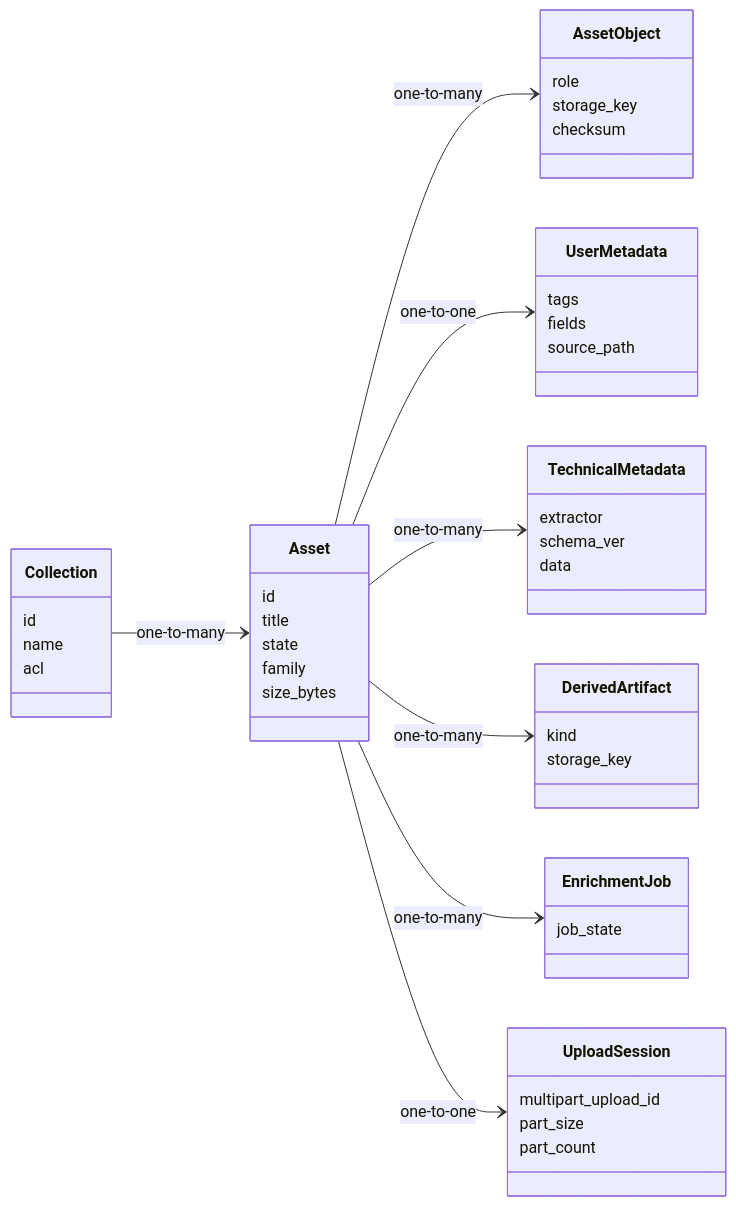
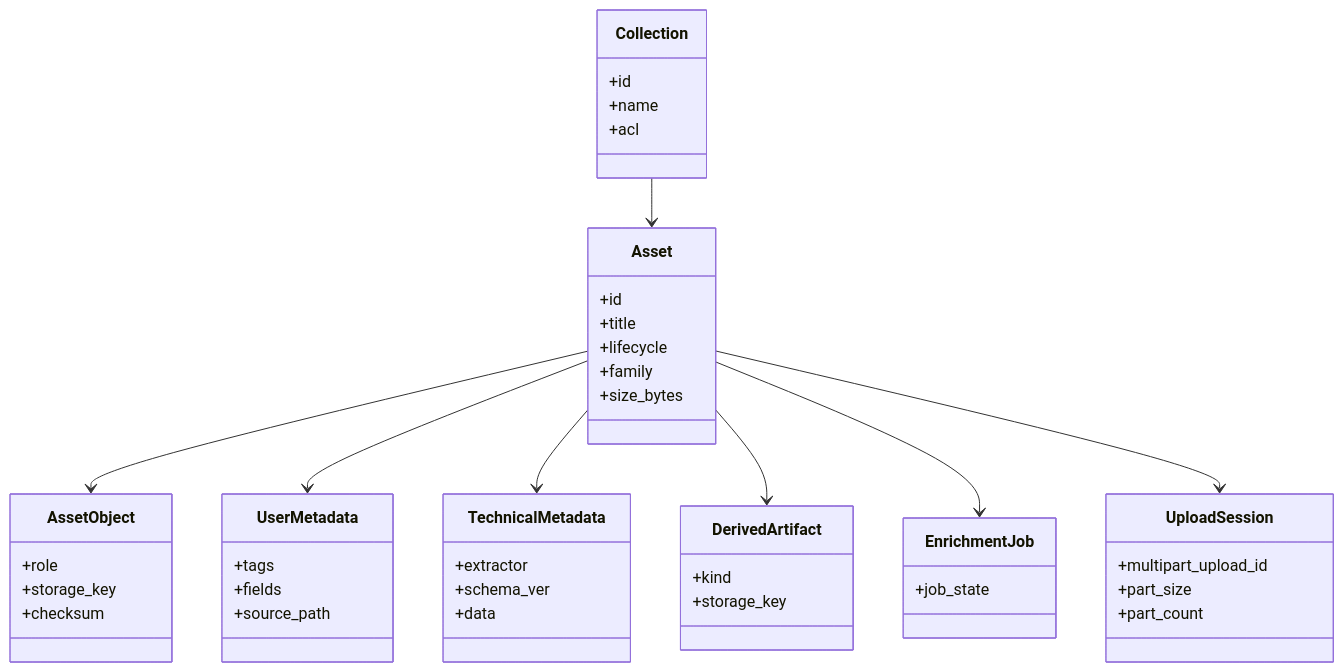
Before and after one commit to ShakedNeeman/exodia: the third of 4 diagrams in docs/uml.md, drawn with Mermaid. The commit also changed other lines of this file and 2 other files, not shown here.

Commit message:
Render class and state UML with mermaid 11-safe syntax.
Draw the diagrams only after the UML tab is visible so layout is not measured at zero size.

````diff
--- a/docs/uml.md
+++ b/docs/uml.md
@@ -125,50 +125,49 @@
 ```mermaid
 classDiagram
-  direction LR
-  class Collection {
-    id
-    name
-    acl
-  }
-  class Asset {
-    id
-    title
-    state
-    family
-    size_bytes
-  }
-  class AssetObject {
-    role
-    storage_key
-    checksum
-  }
-  class UploadSession {
-    multipart_upload_id
-    part_size
-    part_count
-  }
-  class UserMetadata {
-    tags
-    fields
-    source_path
-  }
-  class TechnicalMetadata {
-    extractor
-    schema_ver
-    data
-  }
-  class DerivedArtifact {
-    kind
-    storage_key
-  }
-  class EnrichmentJob {
-    job_state
-  }
-  Collection --> Asset : one-to-many
-  Asset --> AssetObject : one-to-many
-  Asset --> UserMetadata : one-to-one
-  Asset --> TechnicalMetadata : one-to-many
-  Asset --> DerivedArtifact : one-to-many
-  Asset --> EnrichmentJob : one-to-many
-  Asset --> UploadSession : one-to-one
+    class Collection{
+        +id
+        +name
+        +acl
+    }
+    class Asset{
+        +id
+        +title
+        +lifecycle
+        +family
+        +size_bytes
+    }
+    class AssetObject{
+        +role
+        +storage_key
+        +checksum
+    }
+    class UploadSession{
+        +multipart_upload_id
+        +part_size
+        +part_count
+    }
+    class UserMetadata{
+        +tags
+        +fields
+        +source_path
+    }
+    class TechnicalMetadata{
+        +extractor
+        +schema_ver
+        +data
+    }
+    class DerivedArtifact{
+        +kind
+        +storage_key
+    }
+    class EnrichmentJob{
+        +job_state
+    }
+    Collection --> Asset
+    Asset --> AssetObject
+    Asset --> UserMetadata
+    Asset --> TechnicalMetadata
+    Asset --> DerivedArtifact
+    Asset --> EnrichmentJob
+    Asset --> UploadSession
 ```
````
